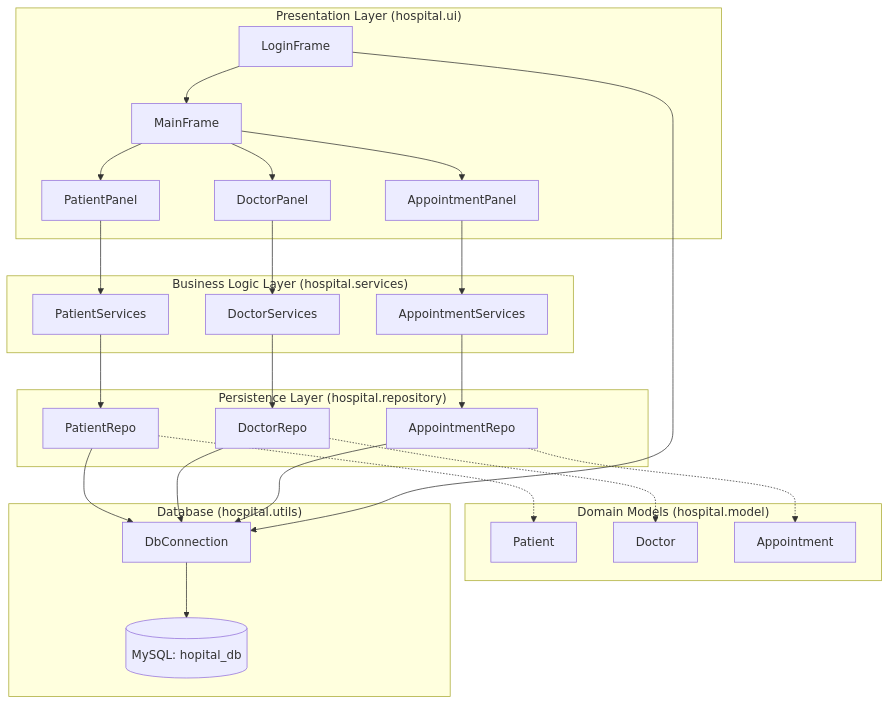
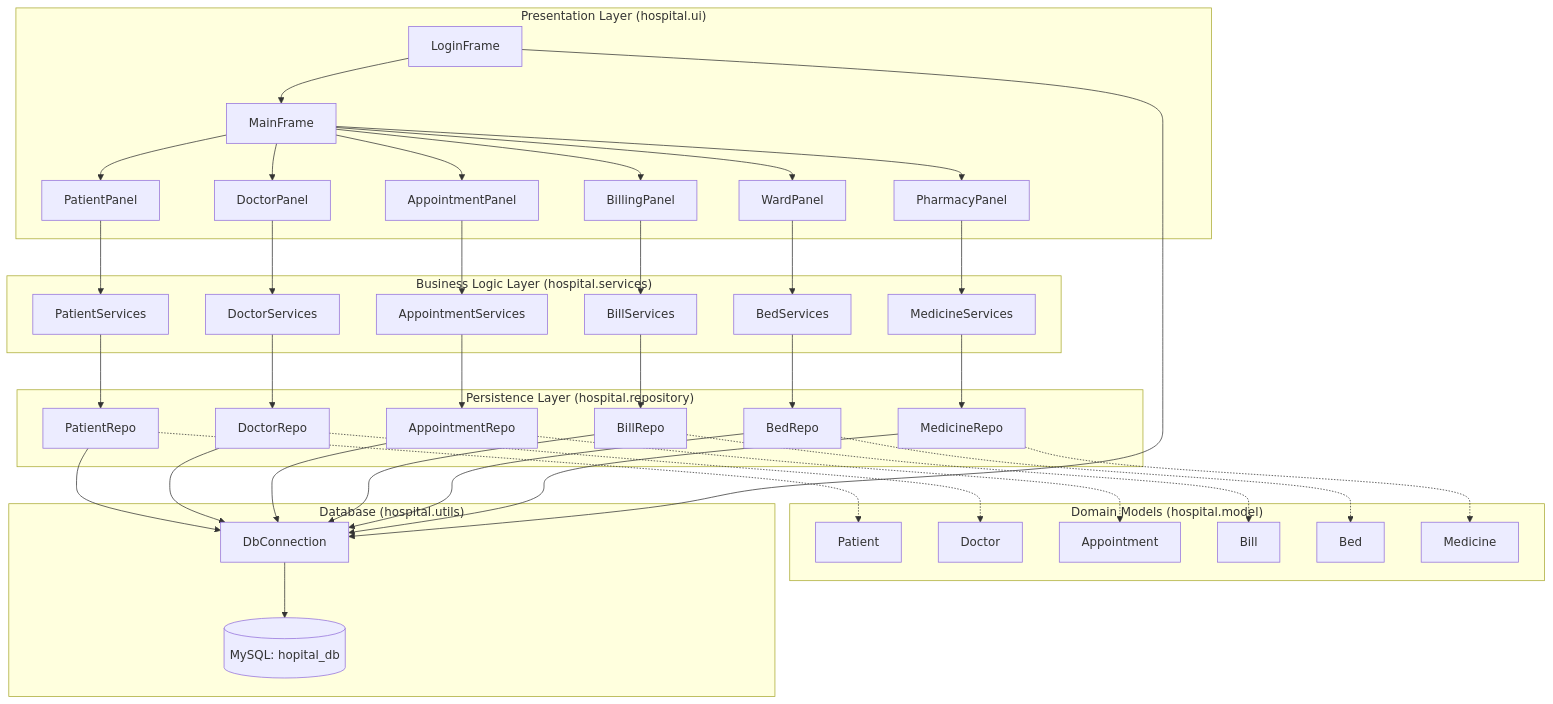
Before and after one commit to Ahnaf-Zahin-Alif/Hospital-Management-System: the diagram in README.md, drawn with Mermaid. The commit also changed other lines of this file and 15 other files, not shown here.

Commit message:
added the pharmacy , ward and payment panel

````diff
--- a/README.md
+++ b/README.md
@@ -43,24 +46,36 @@
         PP["PatientPanel"]
         DP["DoctorPanel"]
         AP["AppointmentPanel"]
+        BP["BillingPanel"]
+        WP["WardPanel"]
+        PH["PharmacyPanel"]
     end
 
     subgraph Service ["Business Logic Layer (hospital.services)"]
         PS["PatientServices"]
         DS["DoctorServices"]
         AS["AppointmentServices"]
+        BS["BillServices"]
+        WS["BedServices"]
+        MS["MedicineServices"]
     end
 
     subgraph Repo ["Persistence Layer (hospital.repository)"]
         PR["PatientRepo"]
         DR["DoctorRepo"]
         AR["AppointmentRepo"]
+        BR["BillRepo"]
+        WR["BedRepo"]
+        MR["MedicineRepo"]
     end
 
     subgraph Model ["Domain Models (hospital.model)"]
         MP["Patient"]
         MD["Doctor"]
         MA["Appointment"]
+        MB["Bill"]
+        MW["Bed"]
+        MM["Medicine"]
     end
 
     subgraph DB ["Database (hospital.utils)"]
@@ -72,18 +87,30 @@
     MF --> PP
     MF --> DP
     MF --> AP
+    MF --> BP
+    MF --> WP
+    MF --> PH
 
     PP --> PS
     DP --> DS
     AP --> AS
+    BP --> BS
+    WP --> WS
+    PH --> MS
 
     PS --> PR
     DS --> DR
     AS --> AR
+    BS --> BR
+    WS --> WR
+    MS --> MR
 
     PR --> DBC
     DR --> DBC
     AR --> DBC
+    BR --> DBC
+    WR --> DBC
+    MR --> DBC
     LF --> DBC
 
     DBC --> MYSQL
@@ -91,4 +118,7 @@
     PR -.-> MP
     DR -.-> MD
     AR -.-> MA
+    BR -.-> MB
+    WR -.-> MW
+    MR -.-> MM
 ```
````
